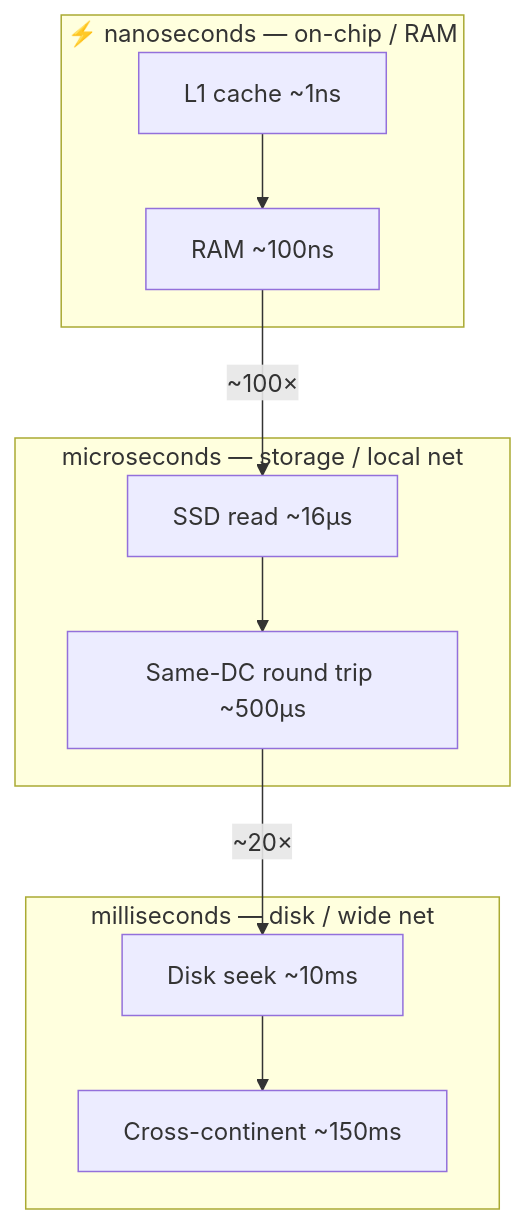
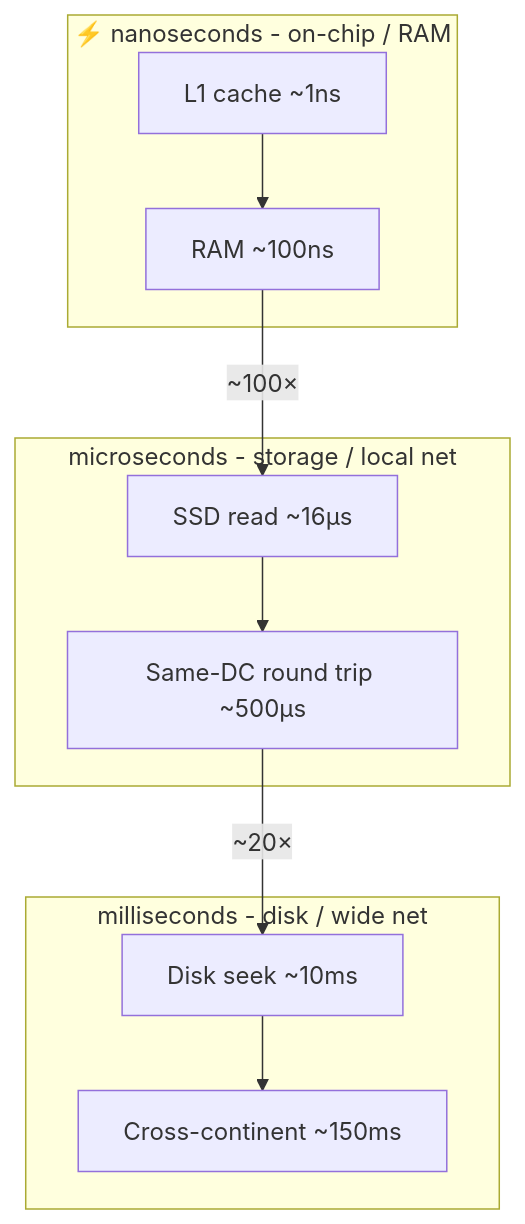
The diagram in phase-0-interview-primer/topic-4-latency-numbers-every-engineer-should-know.md (b-balakrishna/system-design), drawn with Mermaid before and after one commit. The commit also changed other lines of this file and 165 other files, not shown here.

Commit message:
feat: add comprehensive system design documentation covering foundations, backend, frontend, distributed systems, and AI/ML architectures

````diff
--- a/phase-0-interview-primer/topic-4-latency-numbers-every-engineer-should-know.md
+++ b/phase-0-interview-primer/topic-4-latency-numbers-every-engineer-should-know.md
@@ -32,14 +32,14 @@
 ```mermaid
 flowchart TD
-    subgraph Fast["⚡ nanoseconds — on-chip / RAM"]
+    subgraph Fast["⚡ nanoseconds  -  on-chip / RAM"]
         L1["L1 cache ~1ns"] --> RAM["RAM ~100ns"]
     end
-    subgraph Mid["microseconds — storage / local net"]
+    subgraph Mid["microseconds  -  storage / local net"]
         SSD["SSD read ~16µs"] --> DC["Same-DC round trip ~500µs"]
     end
-    subgraph Slow["milliseconds — disk / wide net"]
+    subgraph Slow["milliseconds  -  disk / wide net"]
         DISK["Disk seek ~10ms"] --> NET["Cross-continent ~150ms"]
     end
     RAM -->|"~100×"| SSD
     DC -->|"~20×"| DISK
 ```
````
